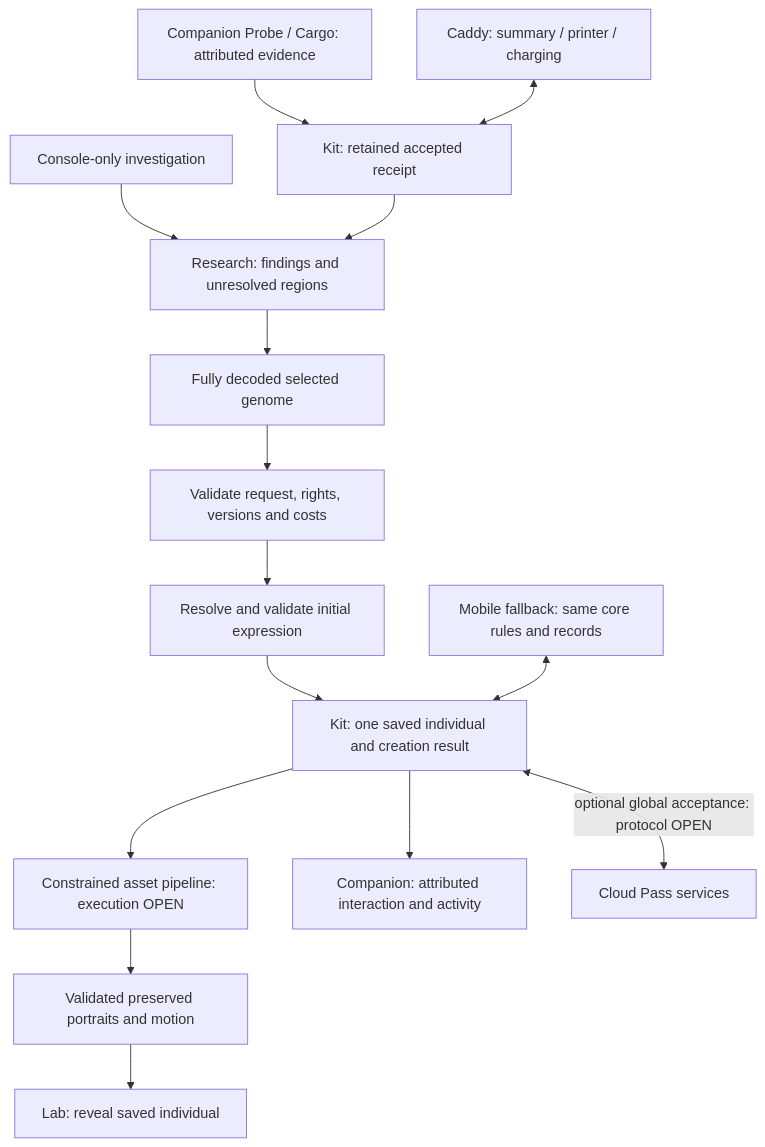
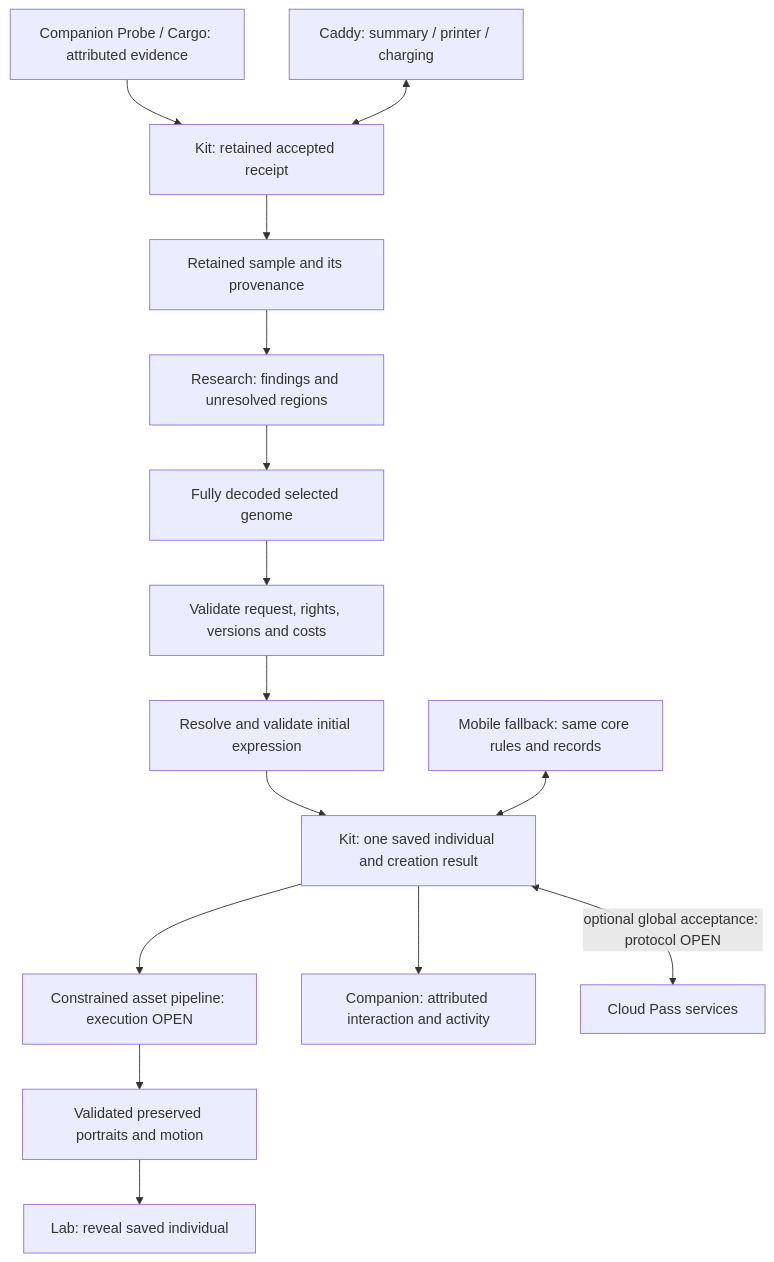
Before and after one commit to PacoCotera/critter-lab: the diagram in specs/sample-to-critter-contract.md, drawn with Mermaid. The commit also changed other lines of this file and 21 other files, not shown here.

````diff
--- a/specs/sample-to-critter-contract.md
+++ b/specs/sample-to-critter-contract.md
@@ -15,17 +15,17 @@
 ```mermaid
 flowchart TD
   Companion[Companion Probe / Cargo: attributed evidence] --> Receipt[Kit: retained accepted receipt]
-  Console[Console-only investigation] --> Knowledge[Research: findings and unresolved regions]
-  Receipt --> Knowledge
+  Receipt --> Sample[Retained sample and its provenance]
+  Sample --> Knowledge[Research: findings and unresolved regions]
   Knowledge --> Selected[Fully decoded selected genome]
   Selected --> Validate[Validate request, rights, versions and costs]
   Validate --> Expression[Resolve and validate initial expression]
   Expression --> Individual[Kit: one saved individual and creation result]
   Individual --> Generation[Constrained asset pipeline: execution OPEN]
   Generation --> Assets[Validated preserved portraits and motion]
   Assets --> Lab[Lab: reveal saved individual]
   Individual --> Activity[Companion: attributed interaction and activity]
   Individual <-->|optional global acceptance: protocol OPEN| Global[Cloud Pass services]
   Caddy[Caddy: summary / printer / charging] <--> Receipt
   App[Mobile fallback: same core rules and records] <--> Individual
 ```
````
